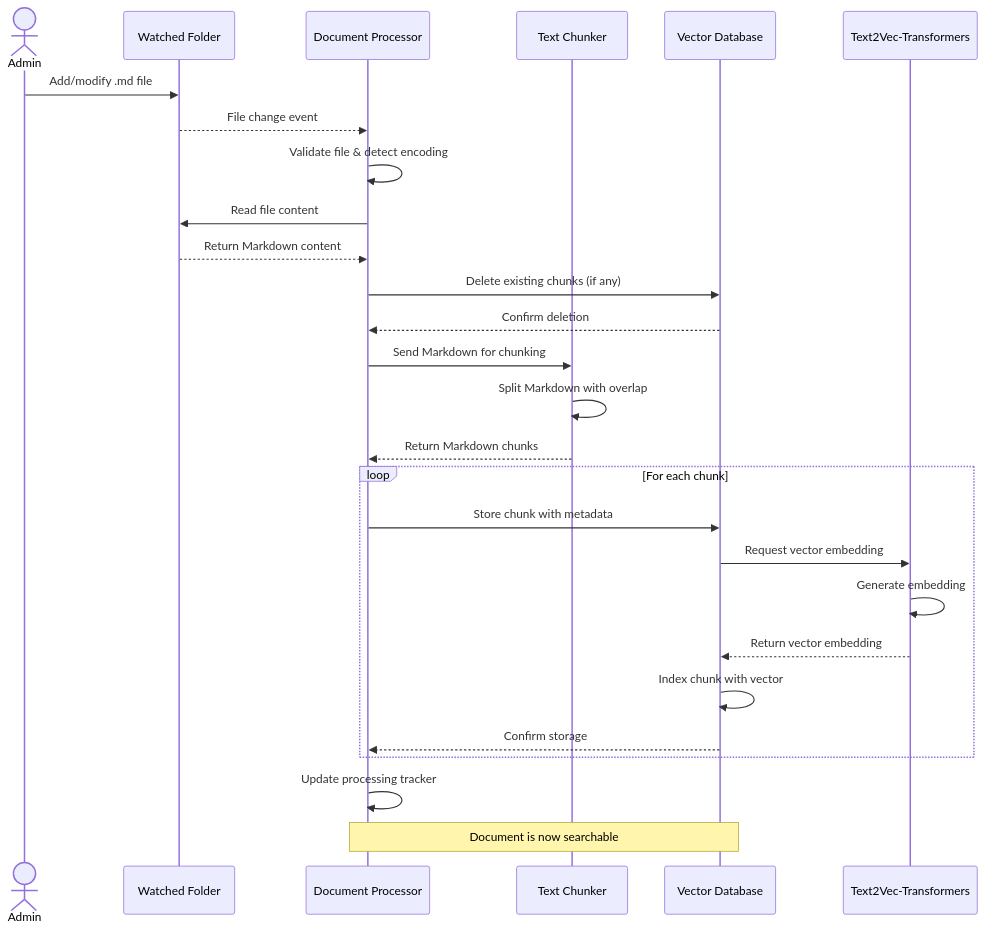
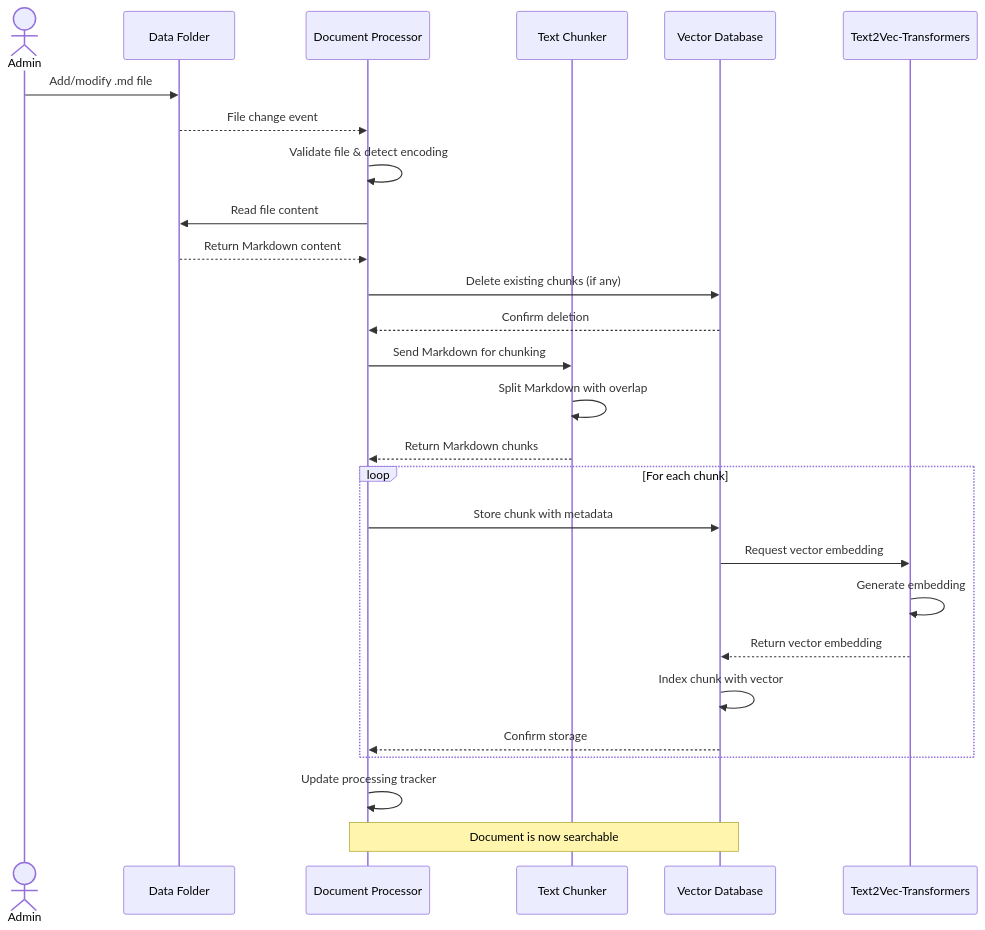
Before and after one commit to ducroq/doc_chat: the diagram in docs/workflows/document-processing.md, drawn with Mermaid. The commit also changed other lines of this file and 3 other files, not shown here.

````diff
--- a/docs/workflows/document-processing.md
+++ b/docs/workflows/document-processing.md
@@ -17,37 +17,37 @@
 ```mermaid
 sequenceDiagram
     actor Admin
-    participant Folder as Watched Folder
+    participant Folder as Data Folder
     participant Processor as Document Processor
     participant Chunker as Text Chunker
     participant Weaviate as Vector Database
     participant Embedder as Text2Vec-Transformers
     
     Admin->>Folder: Add/modify .md file
     Folder-->>Processor: File change event
     
     Processor->>Processor: Validate file & detect encoding
     
     Processor->>Folder: Read file content
     Folder-->>Processor: Return Markdown content
     
     Processor->>Weaviate: Delete existing chunks (if any)
     Weaviate-->>Processor: Confirm deletion
     
     Processor->>Chunker: Send Markdown for chunking
     Chunker->>Chunker: Split Markdown with overlap
     Chunker-->>Processor: Return Markdown chunks
     
     loop For each chunk
         Processor->>Weaviate: Store chunk with metadata
         Weaviate->>Embedder: Request vector embedding
         Embedder->>Embedder: Generate embedding
         Embedder-->>Weaviate: Return vector embedding
         Weaviate->>Weaviate: Index chunk with vector
         Weaviate-->>Processor: Confirm storage
     end
     
     Processor->>Processor: Update processing tracker
     
     Note over Processor,Weaviate: Document is now searchable
 ```
````
